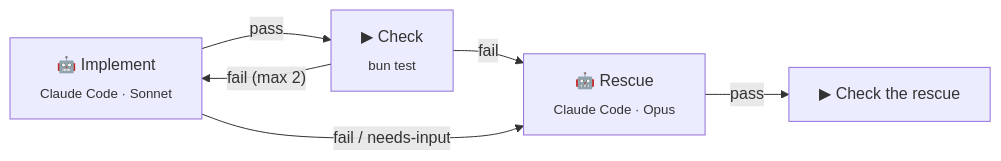
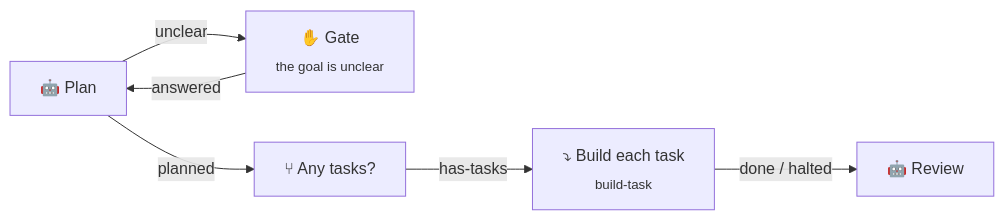
The diagram in README.md (xiduzo/nightshift), drawn with Mermaid before and after one commit. The commit also changed other lines of this file and 10 other files, not shown here.

First line of the commit message:
feat(flows): implement-and-check climbs a cascade

````diff
--- a/README.md
+++ b/README.md
@@ -40,13 +40,14 @@
 ```mermaid
 flowchart LR
-  implement["🤖 Implement<br/><sub>Claude Code · Sonnet</sub>"]
-  verify["▶ Check<br/><sub>bun test</sub>"]
-  rescue["🤖 Rescue<br/><sub>Claude Code · Opus</sub>"]
-  reverify["▶ Check the rescue"]
+  planner["🤖 Plan"]
+  clarify["✋ Gate<br/><sub>the goal is unclear</sub>"]
+  any_tasks["⑂ Any tasks?"]
+  build["⤵ Build each task<br/><sub>build-task</sub>"]
+  review["🤖 Review"]
 
-  implement -- pass --> verify
-  verify -- "fail (max 2)" --> implement
-  verify -- fail --> rescue
-  implement -- "fail / needs-input" --> rescue
-  rescue -- pass --> reverify
+  planner -- planned --> any_tasks
+  planner -- unclear --> clarify
+  clarify -- answered --> planner
+  any_tasks -- has-tasks --> build
+  build -- "done / halted" --> review
 ```
````
